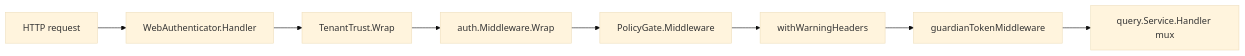
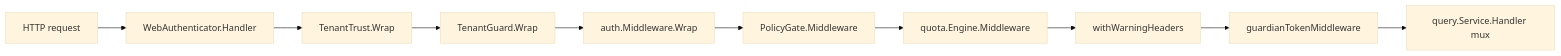
One commit to radryc/doctor changed the first of 4 diagrams in docs/logical-flows/query.md. Above: the diagram before and after it, drawn with Mermaid (base theme). The commit also changed other lines of this file and 184 other files, not shown here.

````diff
--- a/docs/logical-flows/query.md
+++ b/docs/logical-flows/query.md
@@ -31,10 +32,12 @@
 ```mermaid
 flowchart LR
   A[HTTP request] --> B[WebAuthenticator.Handler]
   B --> C[TenantTrust.Wrap]
-  C --> D[auth.Middleware.Wrap]
-  D --> E[PolicyGate.Middleware]
-  E --> F[withWarningHeaders]
-  F --> G[guardianTokenMiddleware]
-  G --> H[query.Service.Handler mux]
+  C --> D[TenantGuard.Wrap]
+  D --> E[auth.Middleware.Wrap]
+  E --> F[PolicyGate.Middleware]
+  F --> G[quota.Engine.Middleware]
+  G --> H[withWarningHeaders]
+  H --> I[guardianTokenMiddleware]
+  I --> J[query.Service.Handler mux]
 ```
````
